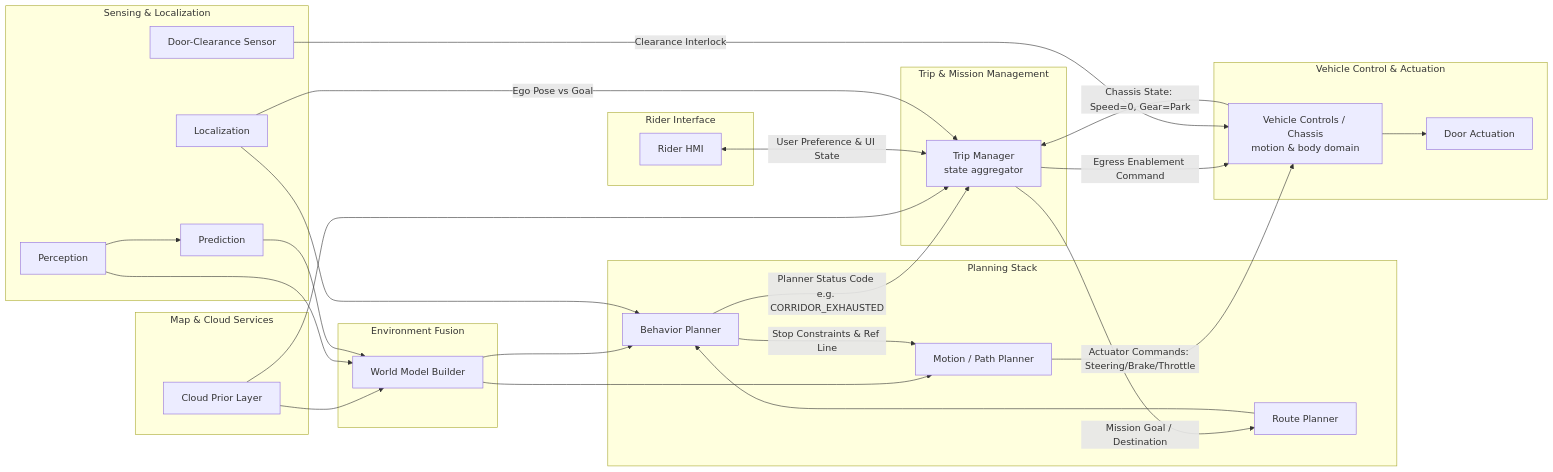
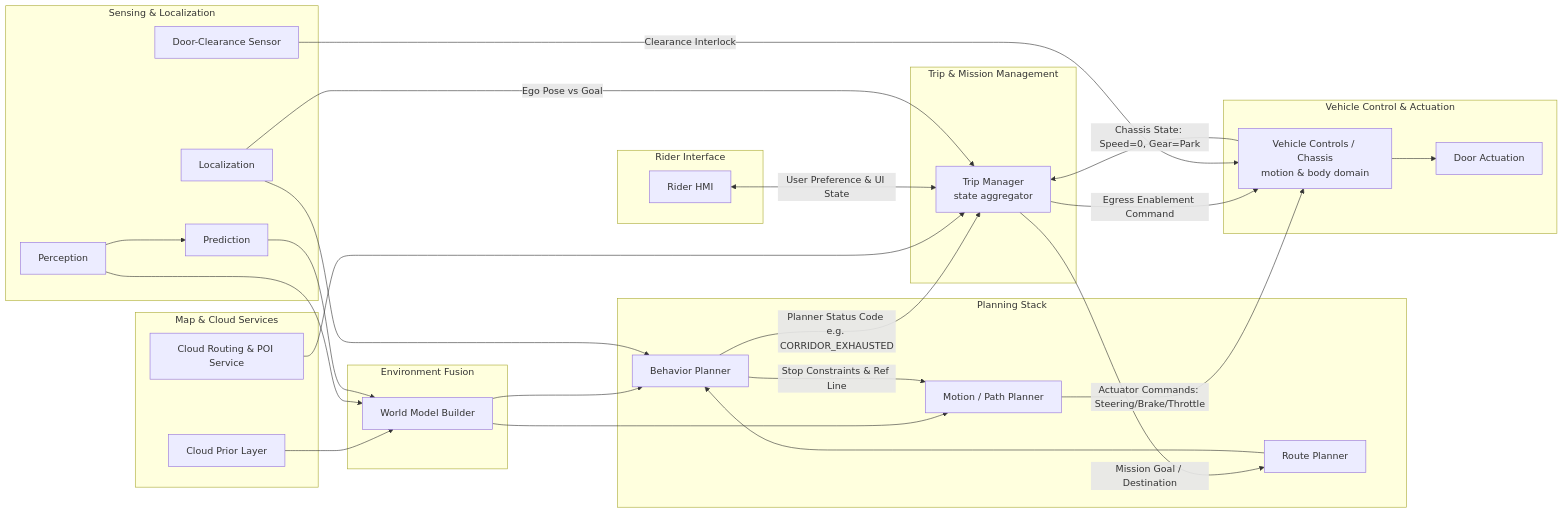
One commit to niranjankamalapurkar/av_anticipatory_drop_off_zone_selection changed the diagram in system_architecture.md. Above: the diagram before and after it, drawn with Mermaid. The commit also changed other lines of this file and 3 other files, not shown here.

````diff
--- a/system_architecture.md
+++ b/system_architecture.md
@@ -11,54 +7,55 @@
 ```mermaid
 flowchart LR
     subgraph SENSE["Sensing & Localization"]
         PER[Perception]
         PRED[Prediction]
         LOC[Localization]
         DCS[Door-Clearance Sensor]
     end
     subgraph MAPDATA["Map & Cloud Services"]
         CPL[Cloud Prior Layer]
+        CRP[Cloud Routing & POI Service]
     end
     subgraph FUSION["Environment Fusion"]
         WM[World Model Builder]
     end
     subgraph MISSION["Trip & Mission Management"]
         TM[Trip Manager\nstate aggregator]
     end
     subgraph PLAN["Planning Stack"]
         RP[Route Planner]
         BP[Behavior Planner]
         MP[Motion / Path Planner]
     end
     subgraph CTRL["Vehicle Control & Actuation"]
         VC[Vehicle Controls / Chassis\nmotion & body domain]
         DOOR[Door Actuation]
     end
     subgraph RIDER["Rider Interface"]
         HMI[Rider HMI]
     end
     %% Map & Perception Fusion
     CPL --> WM
-    CPL --> TM
+    CRP --> TM
     PER --> WM
     PER --> PRED
     PRED --> WM
     WM --> BP
     WM --> MP
     %% Strategic Mission Orchestration
     TM -->|Mission Goal / Destination| RP
     RP --> BP
     BP -->|Planner Status Code e.g. CORRIDOR_EXHAUSTED| TM
     HMI <-->|User Preference & UI State| TM
     %% State Aggregation for Trip Manager (Ground Truth)
     LOC -->|Ego Pose vs Goal| TM
     VC -->|Chassis State: Speed=0, Gear=Park| TM
     %% Kinematic & Control Execution Loop
     LOC --> BP
     BP -->|Stop Constraints & Ref Line| MP
     MP -->|Actuator Commands: Steering/Brake/Throttle| VC
     %% Egress Safety Interlock
     TM -->|Egress Enablement Command| VC
     DCS -->|Clearance Interlock| VC
     VC --> DOOR
 ```
````
